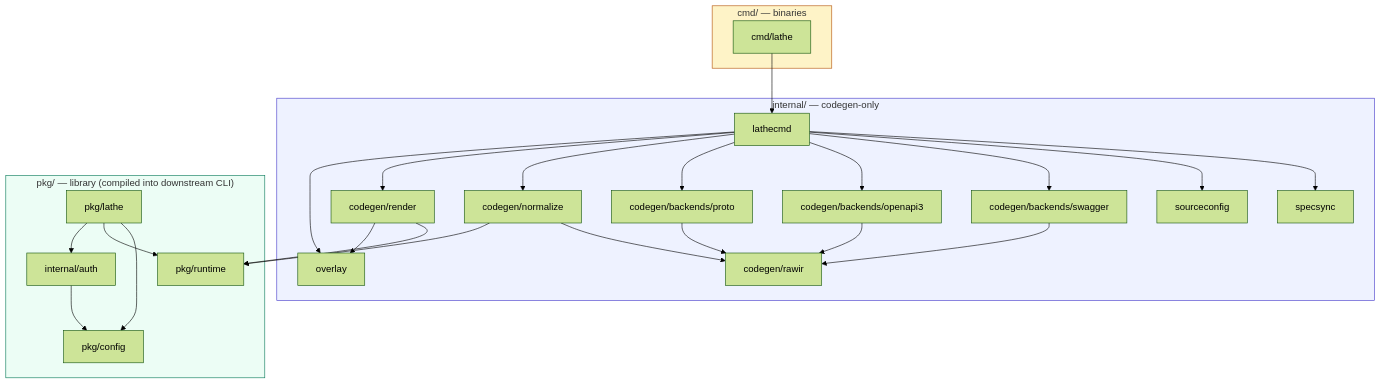
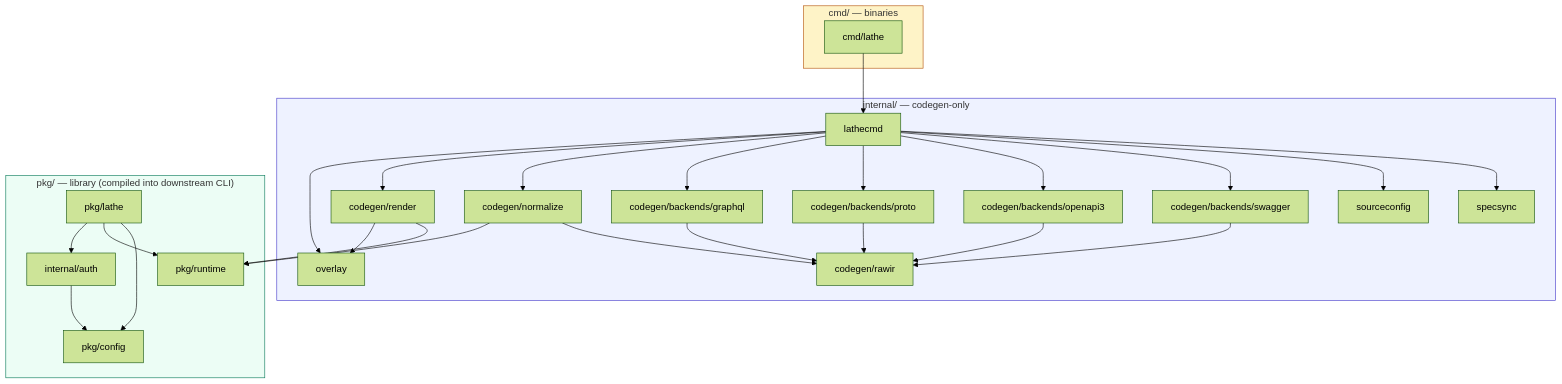
The third of 5 diagrams in docs/architecture.md (lathe-cli/lathe), drawn with Mermaid (forest theme) before and after one commit. The commit also changed other lines of this file and 12 other files, not shown here.

Commit message:
feat(graphql): add example CLI path

````diff
--- a/docs/architecture.md
+++ b/docs/architecture.md
@@ -88,53 +93,56 @@
 ```mermaid
 graph TD
     subgraph cmd["cmd/ — binaries"]
         C1[cmd/lathe]
     end
 
     subgraph internal["internal/ — codegen-only"]
         I0[lathecmd]
         I1[specsync]
         I2[sourceconfig]
         I3[codegen/backends/swagger]
         I3b[codegen/backends/openapi3]
         I4[codegen/backends/proto]
+        I4b[codegen/backends/graphql]
         I5[codegen/normalize]
         I6[codegen/rawir]
         I7[codegen/render]
         I8[overlay]
     end
 
     subgraph pkg["pkg/ — library (compiled into downstream CLI)"]
         P1[pkg/config]
         P2[pkg/runtime]
         P3[pkg/lathe]
         P4[internal/auth]
     end
 
     C1 --> I0
     I0 --> I1
     I0 --> I2
     I0 --> I3
     I0 --> I3b
     I0 --> I4
+    I0 --> I4b
     I0 --> I5
     I0 --> I7
     I0 --> I8
 
     I3 --> I6
     I3b --> I6
     I4 --> I6
+    I4b --> I6
     I5 --> I6
     I5 --> P2
     I7 --> P2
     I7 --> I8
 
     P3 --> P1
     P3 --> P2
     P3 --> P4
     P4 --> P1
 
     style pkg fill:#ecfdf5,stroke:#047857
     style internal fill:#eef2ff,stroke:#4338ca
     style cmd fill:#fef3c7,stroke:#b45309
 ```
````
